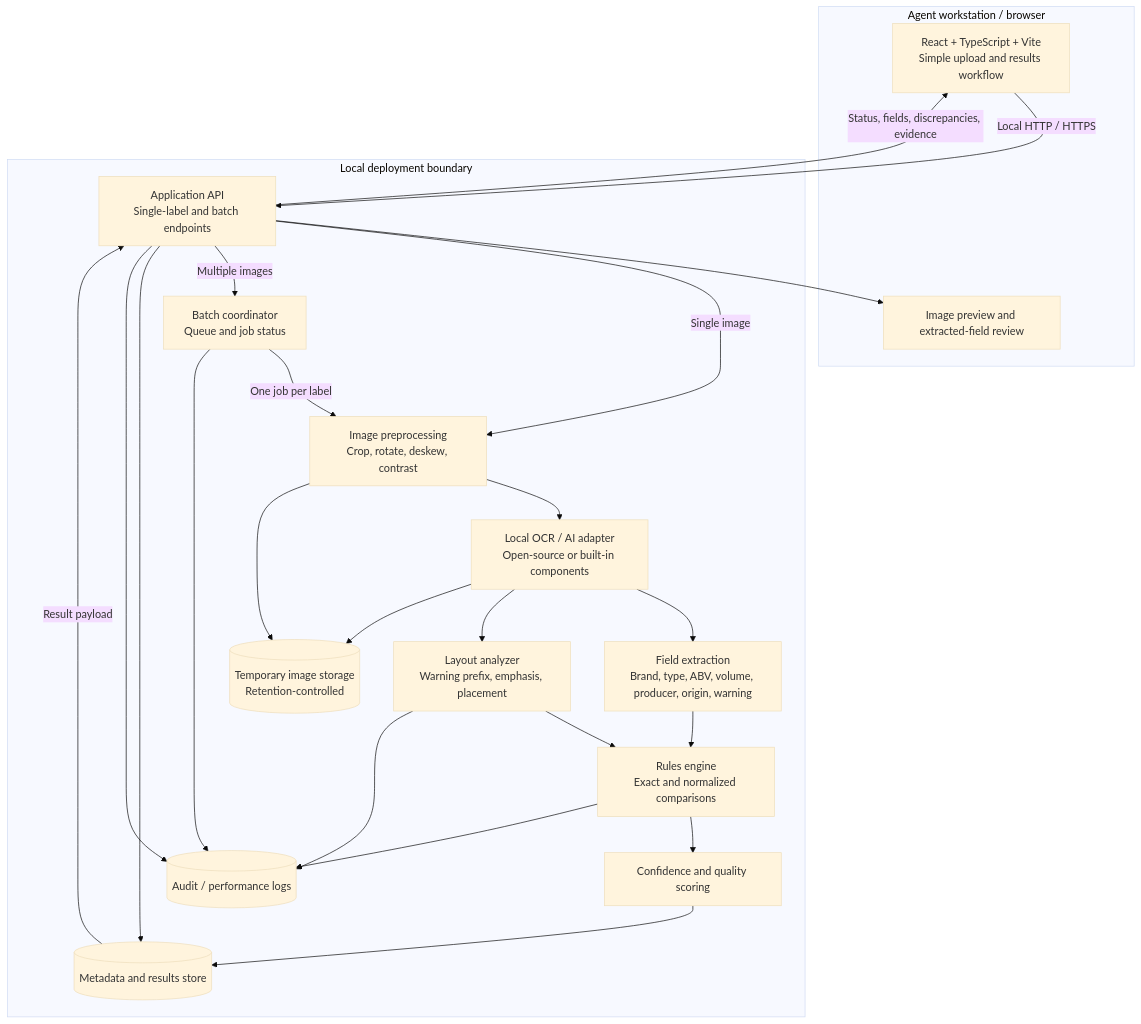
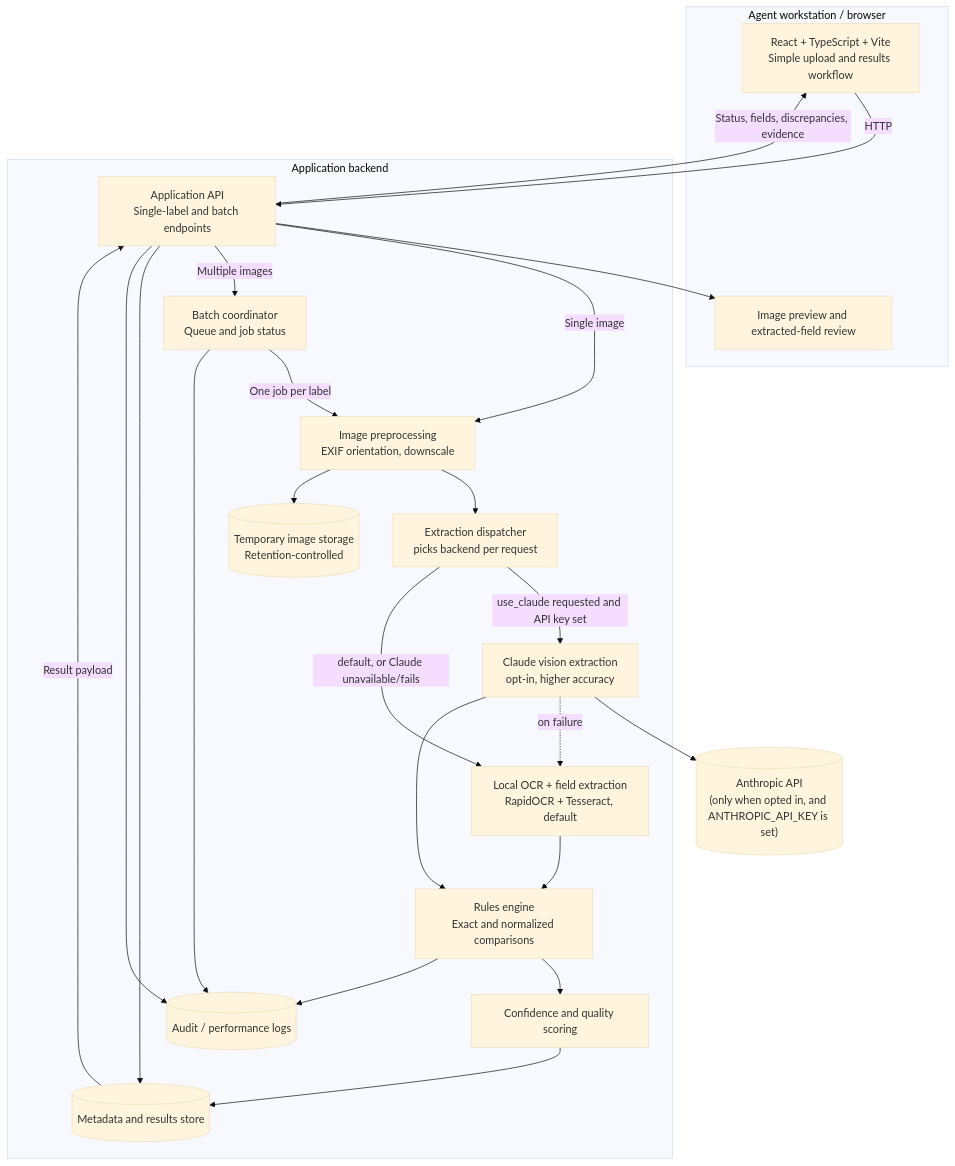
One commit to axu0910/treasury_take_home changed the second of 7 diagrams in arch.md. Above: the diagram before and after it, drawn with Mermaid (base theme). The commit also changed other lines of this file and 34 other files, not shown here.

First line of the commit message:
Add Claude vision extraction (opt-in) and RapidOCR-backed local default

````diff
--- a/arch.md
+++ b/arch.md
@@ -34,44 +35,46 @@
 ```mermaid
 flowchart TB
     subgraph Client[Agent workstation / browser]
         UI[React + TypeScript + Vite<br/>Simple upload and results workflow]
         Preview[Image preview and extracted-field review]
     end
 
-    subgraph Local[Local deployment boundary]
+    subgraph Backend[Application backend]
         API[Application API<br/>Single-label and batch endpoints]
         Batch[Batch coordinator<br/>Queue and job status]
-        Normalize[Image preprocessing<br/>Crop, rotate, deskew, contrast]
-        OCR[Local OCR / AI adapter<br/>Open-source or built-in components]
-        Extract[Field extraction<br/>Brand, type, ABV, volume, producer, origin, warning]
-        Layout[Layout analyzer<br/>Warning prefix, emphasis, placement]
+        Normalize[Image preprocessing<br/>EXIF orientation, downscale]
+        Extract[Extraction dispatcher<br/>picks backend per request]
+        LocalOCR[Local OCR + field extraction<br/>RapidOCR + Tesseract, default]
+        ClaudeVision[Claude vision extraction<br/>opt-in, higher accuracy]
         Validate[Rules engine<br/>Exact and normalized comparisons]
         Confidence[Confidence and quality scoring]
         Store[(Metadata and results store)]
         Files[(Temporary image storage<br/>Retention-controlled)]
         Logs[(Audit / performance logs)]
     end
 
-    UI -->|Local HTTP / HTTPS| API
+    Anthropic[("Anthropic API<br/>(only when opted in, and ANTHROPIC_API_KEY is set)")]
+
+    UI -->|HTTP| API
     API --> Preview
     API -->|Single image| Normalize
     API -->|Multiple images| Batch
     Batch -->|One job per label| Normalize
-    Normalize --> OCR
-    OCR --> Extract
-    OCR --> Layout
-    Extract --> Validate
-    Layout --> Validate
+    Normalize --> Extract
+    Extract -->|"use_claude requested and API key set"| ClaudeVision
+    Extract -->|"default, or Claude unavailable/fails"| LocalOCR
+    ClaudeVision --> Anthropic
+    ClaudeVision -.->|on failure| LocalOCR
+    ClaudeVision --> Validate
+    LocalOCR --> Validate
     Validate --> Confidence
     Confidence --> Store
     API --> Store
     Normalize --> Files
-    OCR --> Files
     API --> Logs
     Batch --> Logs
     Validate --> Logs
-    Layout --> Logs
 
     Store -->|Result payload| API
     API -->|Status, fields, discrepancies, evidence| UI
 ```
````
